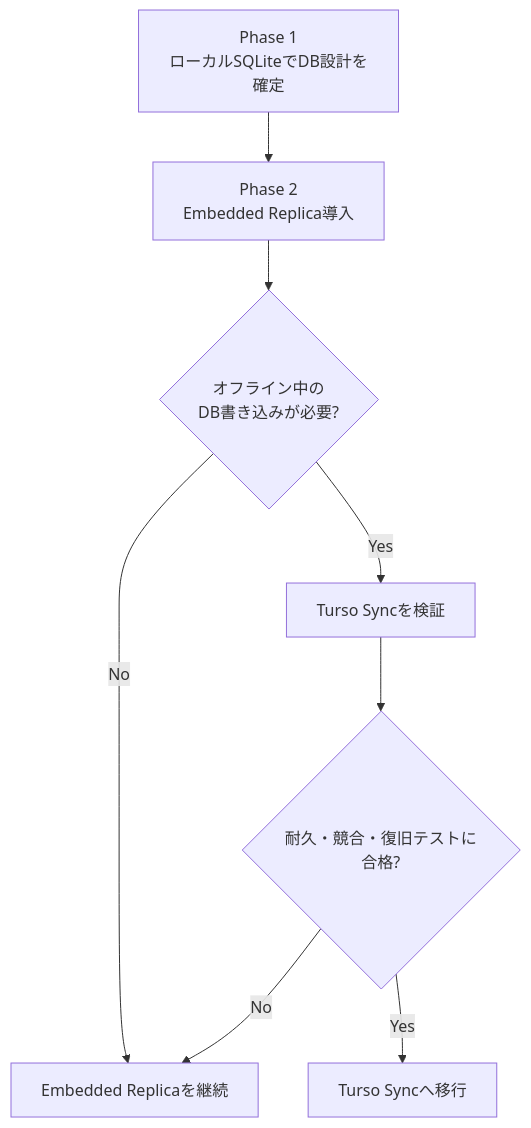
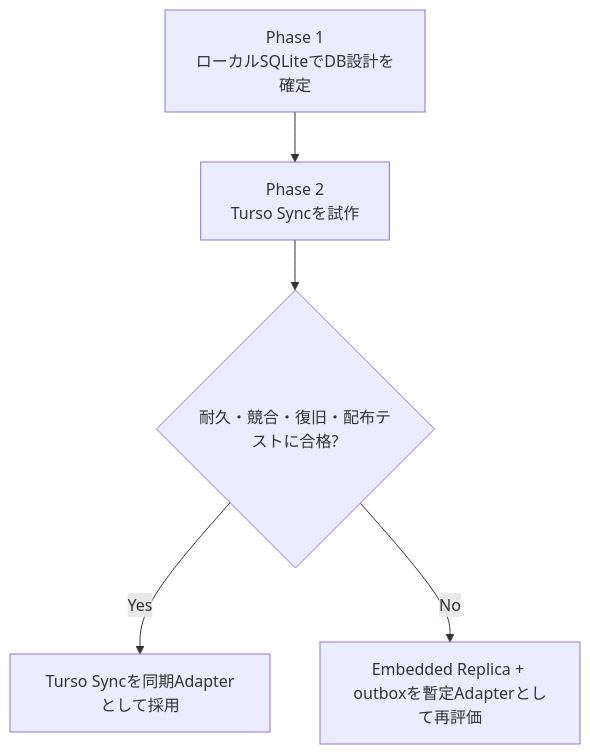
Diagram 16 of 17 in database/turso-design-guide.md (mgmaru/algo-loom), drawn with Mermaid before and after one commit. The commit also changed other lines of this file, not shown here.

Commit message:
docs: prefer Turso Sync for local-first storage

````diff
--- a/database/turso-design-guide.md
+++ b/database/turso-design-guide.md
@@ -758,10 +756,7 @@
 ```mermaid
 flowchart TD
-    P1[Phase 1<br/>ローカルSQLiteでDB設計を確定] --> P2[Phase 2<br/>Embedded Replica導入]
-    P2 --> G{オフライン中の<br/>DB書き込みが必要?}
-    G -->|No| K[Embedded Replicaを継続]
-    G -->|Yes| V[Turso Syncを検証]
-    V --> T{耐久・競合・復旧テストに合格?}
-    T -->|Yes| S[Turso Syncへ移行]
-    T -->|No| K
+    P1[Phase 1<br/>ローカルSQLiteでDB設計を確定] --> P2[Phase 2<br/>Turso Syncを試作]
+    P2 --> T{耐久・競合・復旧・配布テストに合格?}
+    T -->|Yes| S[Turso Syncを同期Adapterとして採用]
+    T -->|No| E[Embedded Replica + outboxを暫定Adapterとして再評価]
 ```
````
